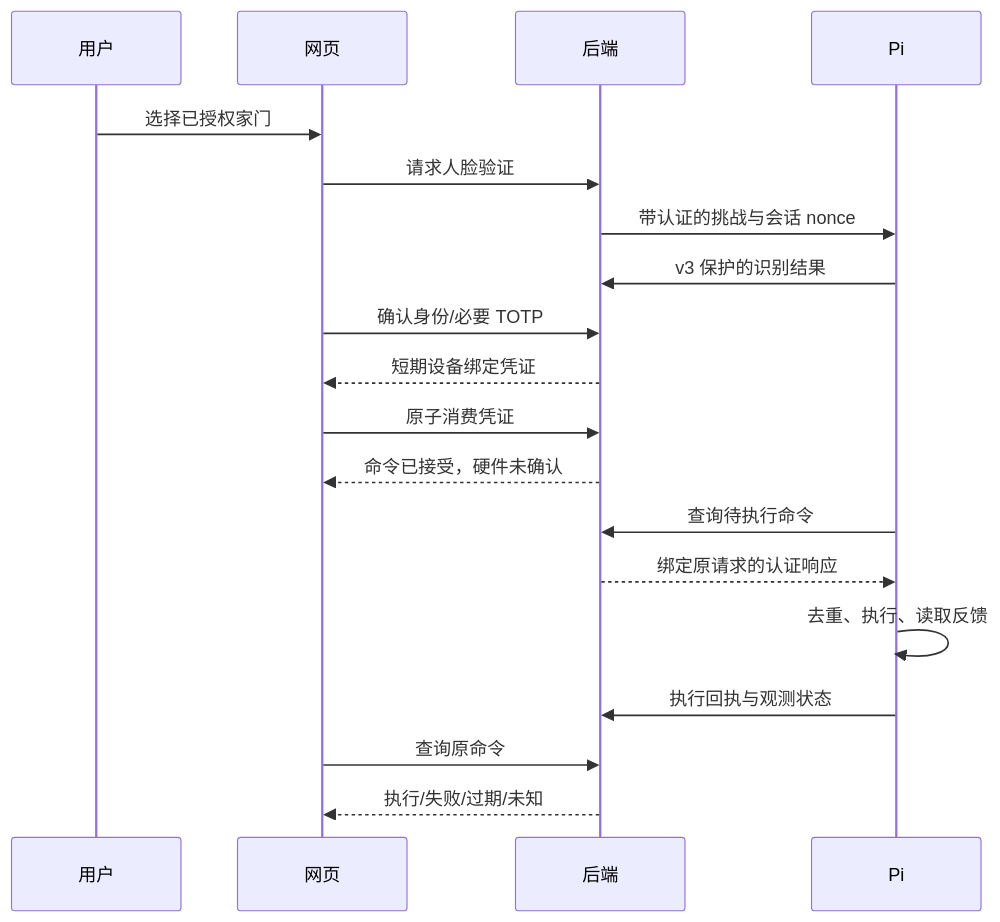
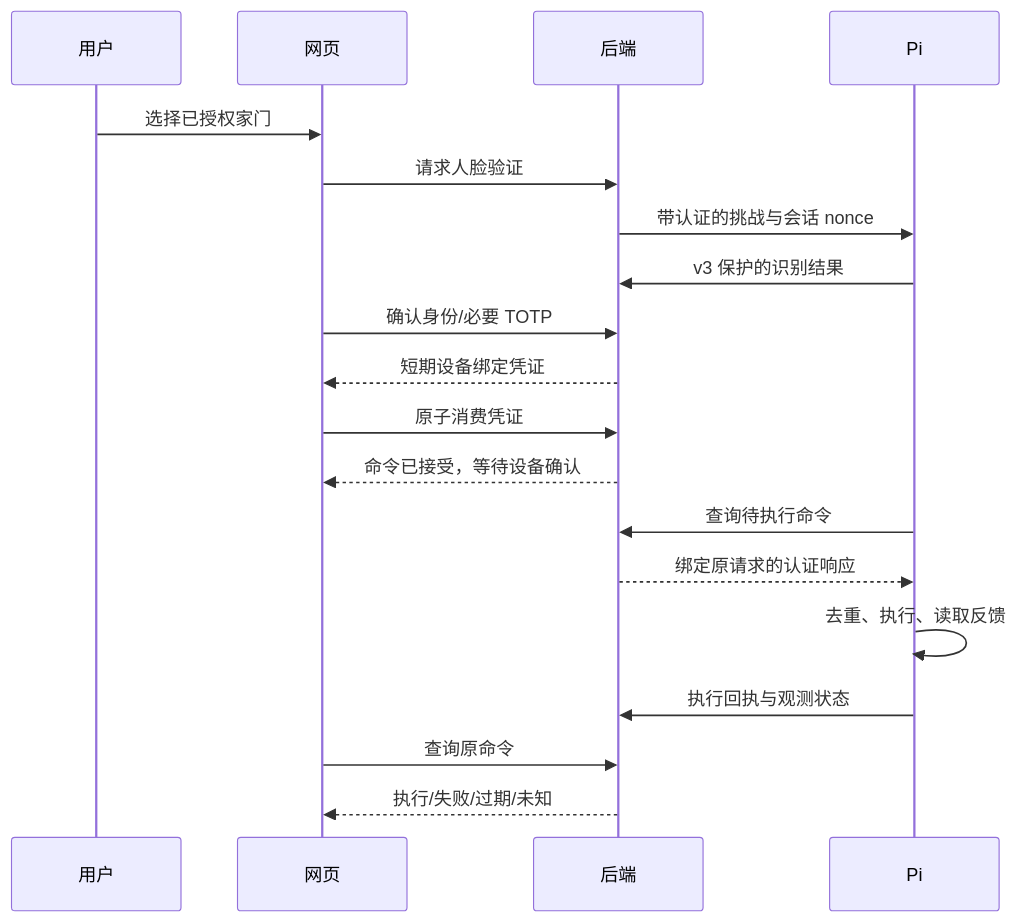
One commit to Bearono/smart_lock changed the third of 4 diagrams in docs/architecture.md. Above: the diagram before and after it, drawn with Mermaid. The commit also changed other lines of this file and 16 other files, not shown here.

````diff
--- a/docs/architecture.md
+++ b/docs/architecture.md
@@ -56,21 +55,21 @@
 ```mermaid
 sequenceDiagram
   participant U as 用户
   participant W as 网页
   participant S as 后端
   participant P as Pi
   U->>W: 选择已授权家门
   W->>S: 请求人脸验证
   S->>P: 带认证的挑战与会话 nonce
   P->>S: v3 保护的识别结果
   W->>S: 确认身份/必要 TOTP
   S-->>W: 短期设备绑定凭证
   W->>S: 原子消费凭证
-  S-->>W: 命令已接受，硬件未确认
+  S-->>W: 命令已接受，等待设备确认
   P->>S: 查询待执行命令
   S-->>P: 绑定原请求的认证响应
   P->>P: 去重、执行、读取反馈
   P->>S: 执行回执与观测状态
   W->>S: 查询原命令
   S-->>W: 执行/失败/过期/未知
 ```
````
